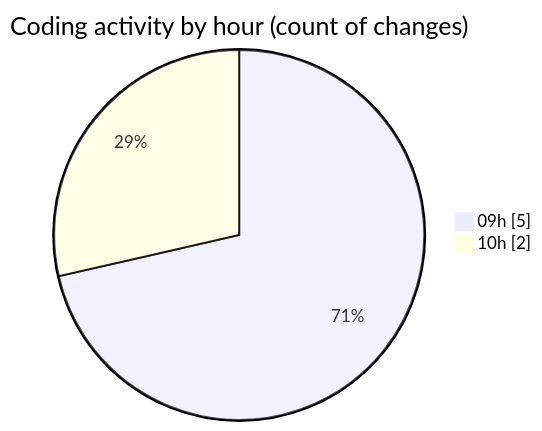
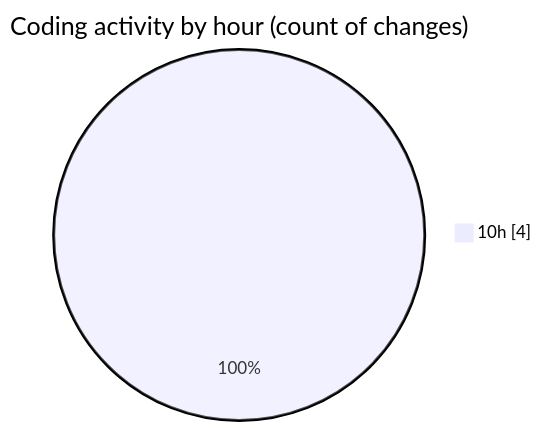
One commit to momahboobian/code-tracking changed the second of 2 diagrams in 2025-05-20/cda/README.md. Above: the diagram before and after it, drawn with Mermaid. The commit also changed other lines of this file and 1 other file, not shown here.

````diff
--- a/2025-05-20/cda/README.md
+++ b/2025-05-20/cda/README.md
@@ -31,6 +28,5 @@
 ```mermaid
 pie showData
 title Coding activity by hour (count of changes)
-"09h" : 5
-"10h" : 2
+"10h" : 4
 ```
````
